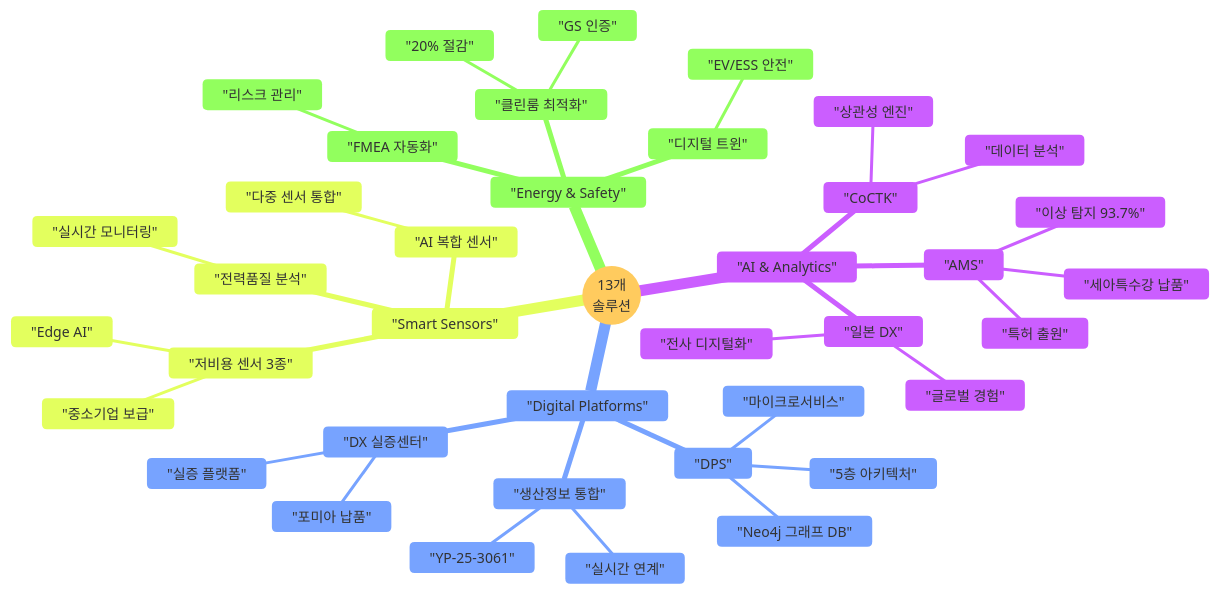
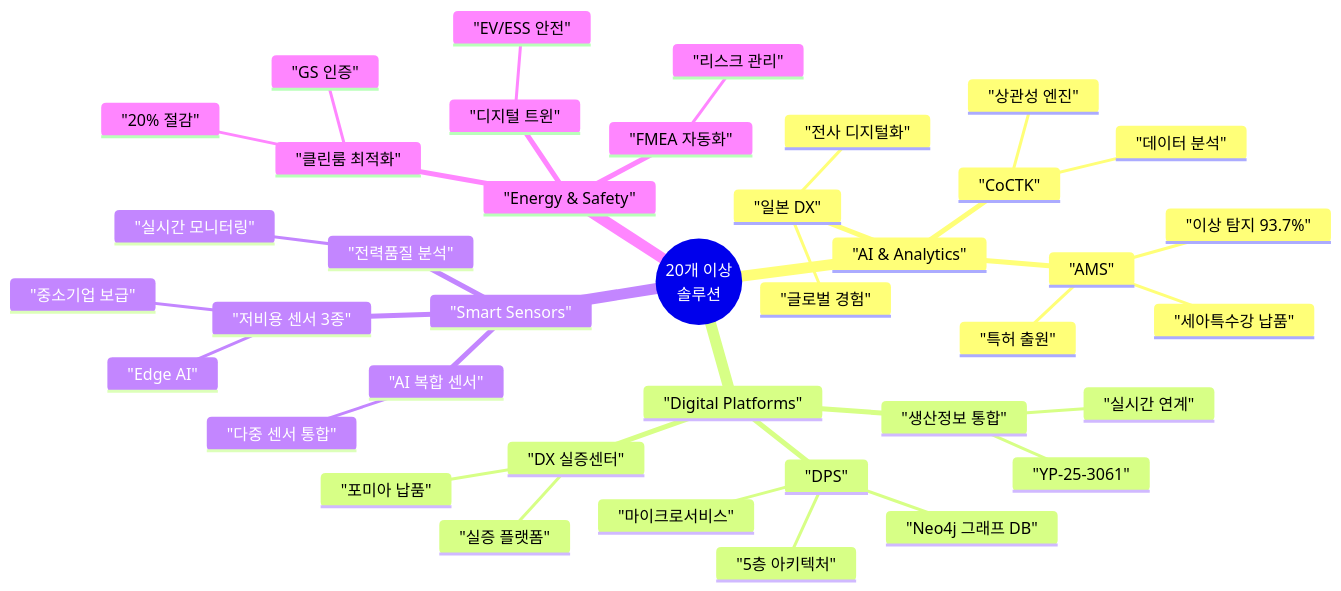
One commit to moobaek/Testing_AI_agents_for_public_use changed the second of 12 diagrams in portfolio/portfolio_docs/Executive_Summary/04_Visual_Portfolio.md. Above: the diagram before and after it, drawn with Mermaid. The commit also changed other lines of this file and 16 other files, not shown here.

First line of the commit message:
포트폴리오 문서 업데이트: GS 인증 정보 수정, Mermaid 다이어그램 옵시디언 호환성 개선, 개인 프로필 추가

````diff
--- a/portfolio/portfolio_docs/Executive_Summary/04_Visual_Portfolio.md
+++ b/portfolio/portfolio_docs/Executive_Summary/04_Visual_Portfolio.md
@@ -51,43 +50,42 @@
 ```mermaid
-%%{init: {'theme':'base', 'themeVariables': { 'fontSize':'14px'}}}%%
 mindmap
-  root(("13개<br/>솔루션"))
+  root(("20개 이상<br/>솔루션"))
     "AI & Analytics"
       "AMS"
         "이상 탐지 93.7%"
         "세아특수강 납품"
         "특허 출원"
       "CoCTK"
         "데이터 분석"
         "상관성 엔진"
       "일본 DX"
         "전사 디지털화"
         "글로벌 경험"
     "Digital Platforms"
       "DPS"
         "5층 아키텍처"
         "마이크로서비스"
         "Neo4j 그래프 DB"
       "생산정보 통합"
         "YP-25-3061"
         "실시간 연계"
       "DX 실증센터"
         "포미아 납품"
         "실증 플랫폼"
     "Smart Sensors"
       "저비용 센서 3종"
         "중소기업 보급"
         "Edge AI"
       "AI 복합 센서"
         "다중 센서 통합"
       "전력품질 분석"
         "실시간 모니터링"
     "Energy & Safety"
       "클린룸 최적화"
         "GS 인증"
         "20% 절감"
       "디지털 트윈"
         "EV/ESS 안전"
       "FMEA 자동화"
         "리스크 관리"
 ```
````
